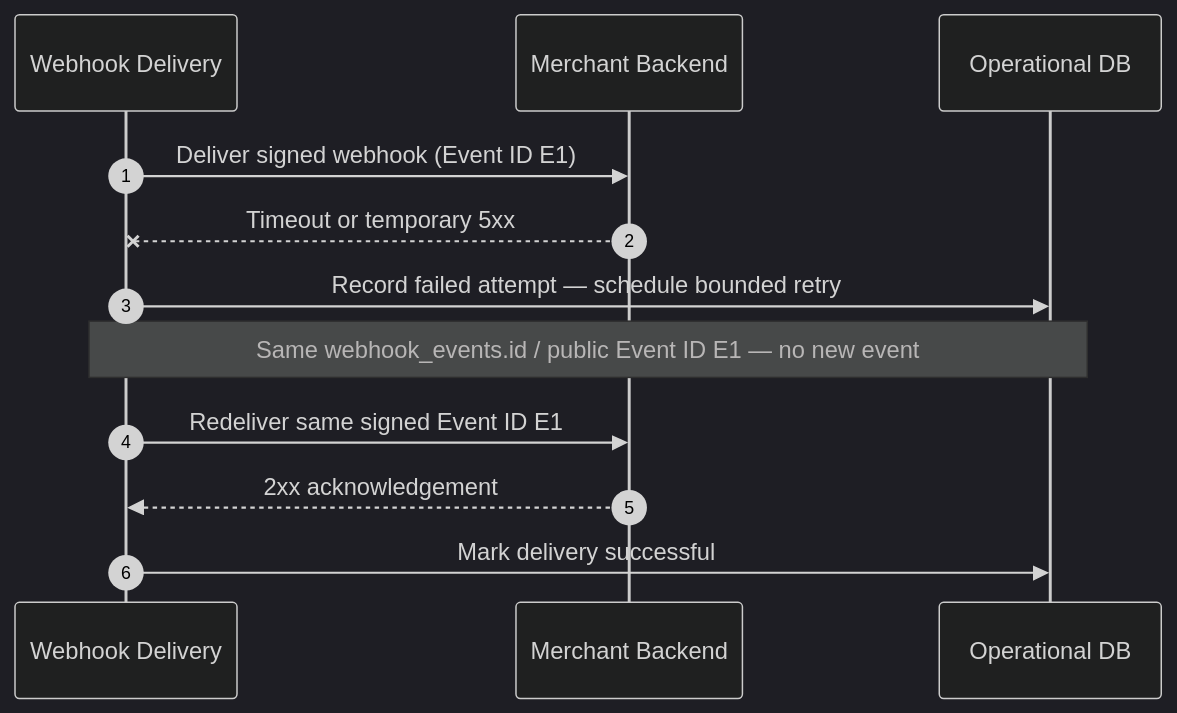
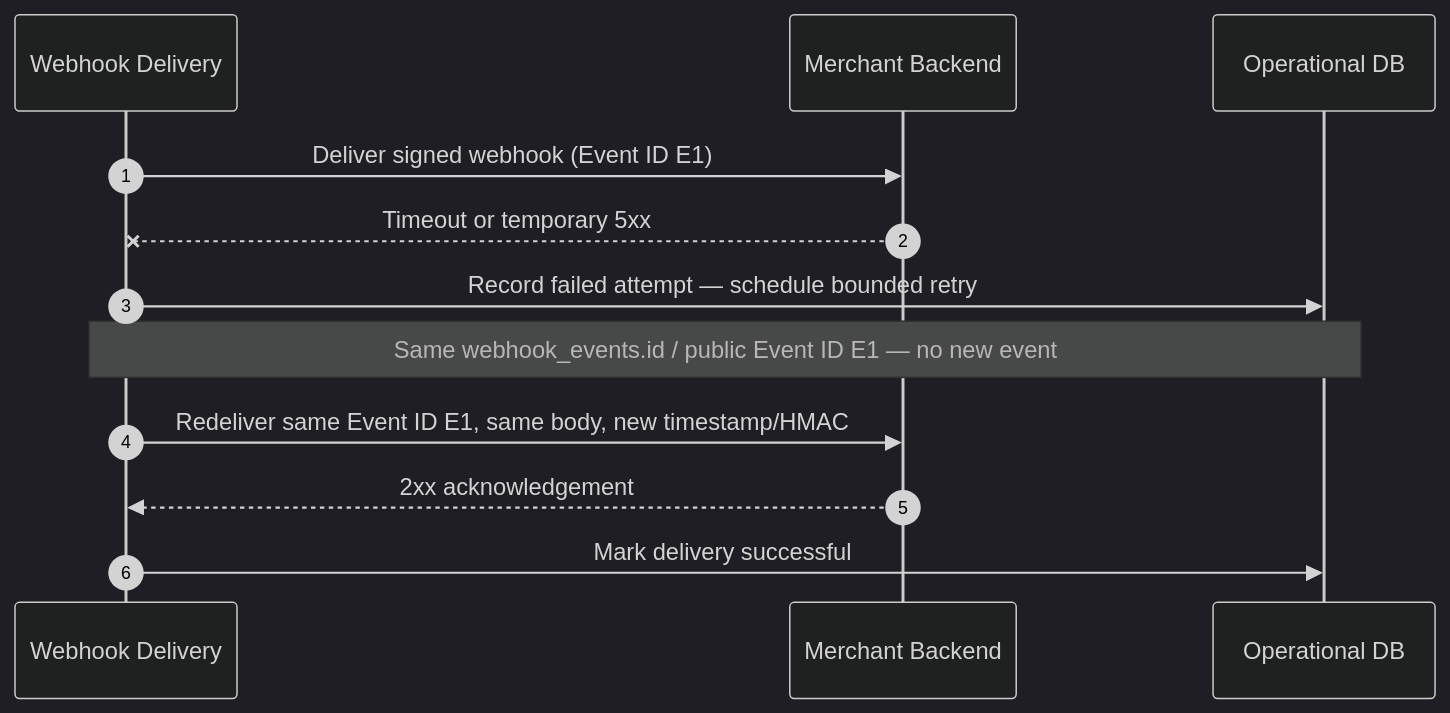
The diagram in docs/design/integrations/merchant-webhook-retry.md (MR0808/sparelane-architecture), drawn with Mermaid (dark theme) before and after one commit. The commit also changed other lines of this file and 47 other files, not shown here.

````diff
--- a/docs/design/integrations/merchant-webhook-retry.md
+++ b/docs/design/integrations/merchant-webhook-retry.md
@@ -35,16 +38,16 @@
 ```mermaid
 sequenceDiagram
     autonumber
     participant WHD as Webhook Delivery
     participant MBE as Merchant Backend
     participant ODB as Operational DB
 
     WHD->>MBE: Deliver signed webhook (Event ID E1)
     MBE--xWHD: Timeout or temporary 5xx
     WHD->>ODB: Record failed attempt — schedule bounded retry
     Note over WHD,ODB: Same webhook_events.id / public Event ID E1 — no new event
 
-    WHD->>MBE: Redeliver same signed Event ID E1
+    WHD->>MBE: Redeliver same Event ID E1, same body, new timestamp/HMAC
     MBE-->>WHD: 2xx acknowledgement
     WHD->>ODB: Mark delivery successful
 ```
````
